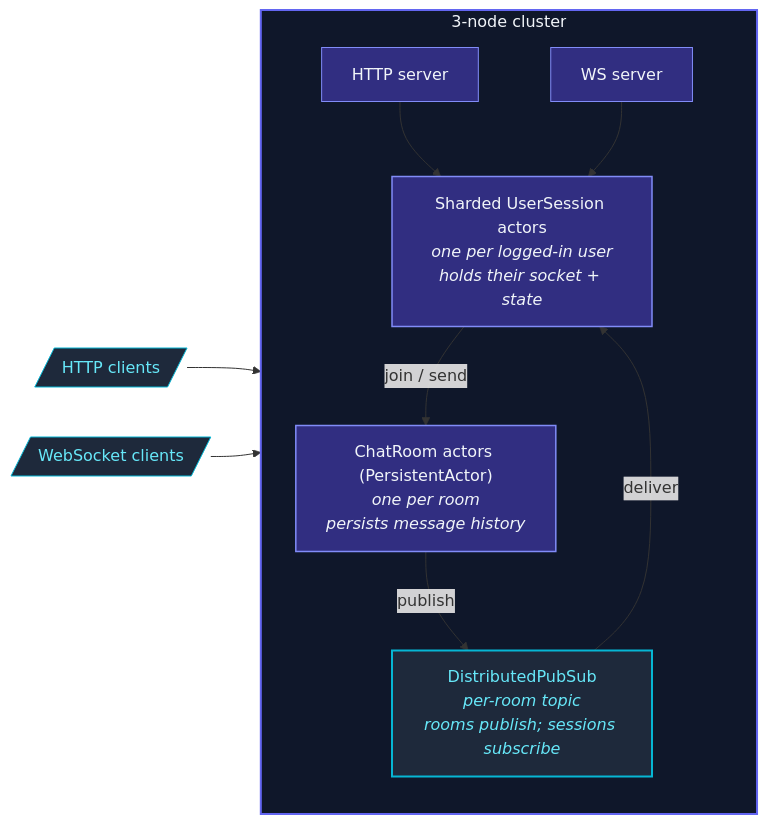
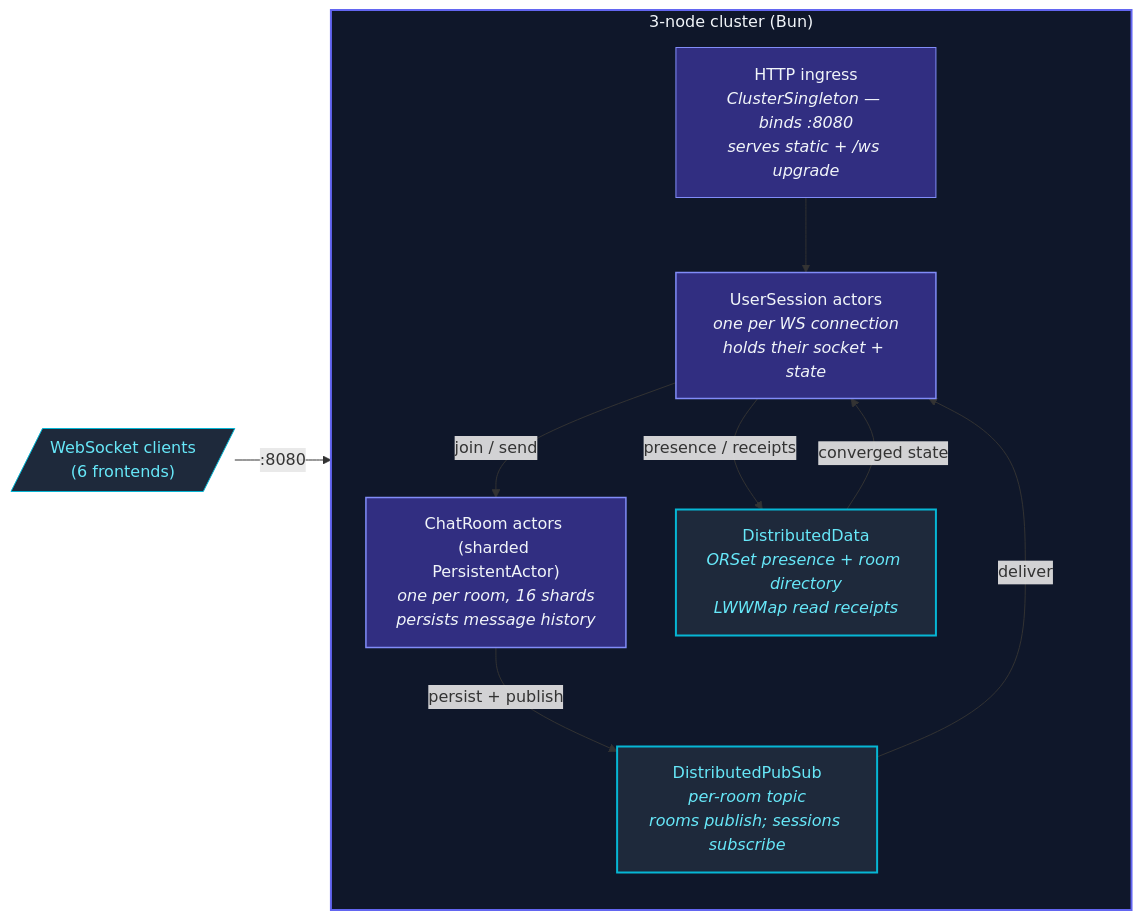
Before and after one commit to pathosDev/actor-ts: the diagram in docs/src/content/docs/examples/chat-sample.mdx, drawn with Mermaid. The commit also changed other lines of this file and 181 other files, not shown here.

````diff
--- a/docs/src/content/docs/examples/chat-sample.mdx
+++ b/docs/src/content/docs/examples/chat-sample.mdx
@@ -20,30 +27,29 @@
 ```mermaid
 flowchart LR
-  HTTP[/"HTTP clients"/]
-  WS[/"WebSocket clients"/]
-  subgraph CLUSTER["3-node cluster"]
+  WS[/"WebSocket clients<br/>(6 frontends)"/]
+  subgraph CLUSTER["3-node cluster (Bun)"]
     direction TB
-    HSRV["HTTP server"]
-    WSRV["WS server"]
-    US["Sharded UserSession actors<br/><i>one per logged-in user<br/>holds their socket + state</i>"]
-    ROOM["ChatRoom actors (PersistentActor)<br/><i>one per room<br/>persists message history</i>"]
+    ING["HTTP ingress<br/><i>ClusterSingleton — binds :8080<br/>serves static + /ws upgrade</i>"]
+    US["UserSession actors<br/><i>one per WS connection<br/>holds their socket + state</i>"]
+    ROOM["ChatRoom actors (sharded PersistentActor)<br/><i>one per room, 16 shards<br/>persists message history</i>"]
     PUB["DistributedPubSub<br/><i>per-room topic<br/>rooms publish; sessions subscribe</i>"]
-    HSRV --> US
-    WSRV --> US
+    DD["DistributedData<br/><i>ORSet presence + room directory<br/>LWWMap read receipts</i>"]
+    ING --> US
     US -- "join / send" --> ROOM
-    ROOM -- "publish" --> PUB
+    ROOM -- "persist + publish" --> PUB
     PUB -- "deliver" --> US
+    US -- "presence / receipts" --> DD
+    DD -- "converged state" --> US
   end
-  HTTP --> HSRV
-  WS --> WSRV
+  WS -- ":8080" --> ING
   classDef client  fill:#1e293b,stroke:#06b6d4,color:#67e8f9;
   classDef cluster fill:#0f172a,stroke:#6366f1,stroke-width:2px,color:#f1f5f9;
   classDef edge    fill:#312e81,stroke:#818cf8,color:#f1f5f9;
   classDef actor   fill:#312e81,stroke:#818cf8,stroke-width:1.5px,color:#f1f5f9;
   classDef bus     fill:#1e293b,stroke:#06b6d4,stroke-width:2px,color:#67e8f9;
-  class HTTP,WS client
+  class WS client
   class CLUSTER cluster
-  class HSRV,WSRV edge
+  class ING edge
   class US,ROOM actor
-  class PUB bus
+  class PUB,DD bus
 ```
````
